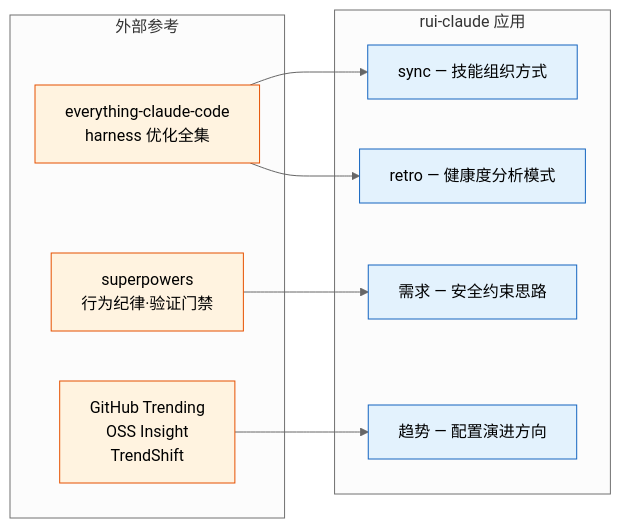
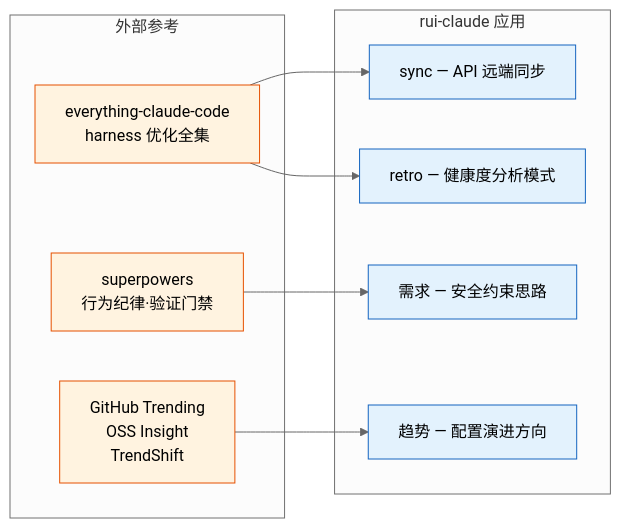
Before and after one commit to effiy/YrY: the seventh of 8 diagrams in skills/rui-claude/SKILL.md, drawn with Mermaid (neutral theme). The commit also changed other lines of this file and 25 other files, not shown here.

````diff
--- a/skills/rui-claude/SKILL.md
+++ b/skills/rui-claude/SKILL.md
@@ -175,22 +174,22 @@
 ```mermaid
 flowchart LR
     subgraph 参考["外部参考"]
         R1["everything-claude-code<br/>harness 优化全集"]:::ref
         R2["superpowers<br/>行为纪律·验证门禁"]:::ref
         R3["GitHub Trending<br/>OSS Insight<br/>TrendShift"]:::ref
     end
 
     subgraph 应用["rui-claude 应用"]
-        A1["sync — 技能组织方式"]:::app
+        A1["sync — API 远端同步"]:::app
         A2["retro — 健康度分析模式"]:::app
         A3["需求 — 安全约束思路"]:::app
         A4["趋势 — 配置演进方向"]:::app
     end
 
     R1 --> A1 & A2
     R2 --> A3
     R3 --> A4
 
     classDef ref fill:#fff3e0,stroke:#e65100;
     classDef app fill:#e3f2fd,stroke:#1565c0;
 ```
````
